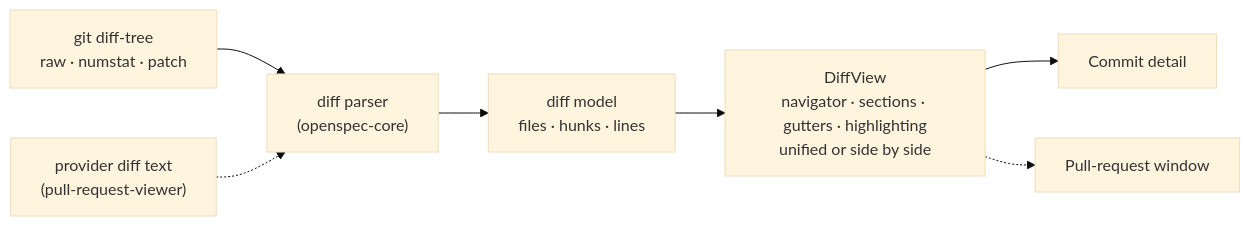
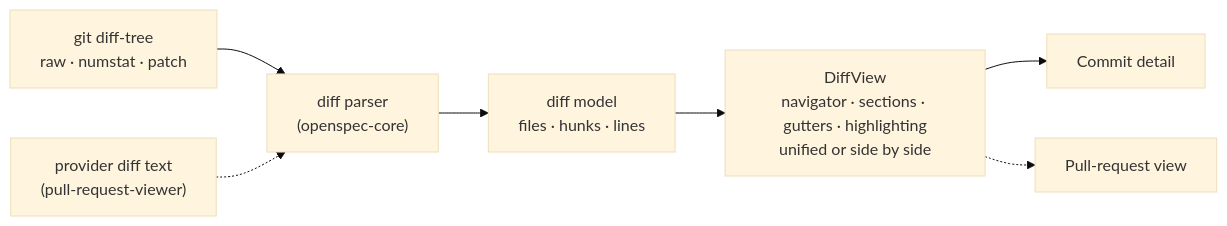
One commit to avantmedialtd/specforge changed the diagram in openspec/changes/rich-diff-view/proposal.md. Above: the diagram before and after it, drawn with Mermaid (base theme). The commit also changed other lines of this file and 3 other files, not shown here.

First line of the commit message:
docs(openspec): open a pull request the way a document opens

````diff
--- a/openspec/changes/rich-diff-view/proposal.md
+++ b/openspec/changes/rich-diff-view/proposal.md
@@ -13,9 +13,9 @@
 ```mermaid
 flowchart LR
   G["git diff-tree<br/>raw · numstat · patch"] --> P["diff parser<br/>(openspec-core)"]
   X["provider diff text<br/>(pull-request-viewer)"] -.-> P
   P --> M["diff model<br/>files · hunks · lines"]
   M --> V["DiffView<br/>navigator · sections · gutters · highlighting<br/>unified or side by side"]
   V --> C["Commit detail"]
-  V -.-> W["Pull-request window"]
+  V -.-> W["Pull-request view"]
 ```
````
